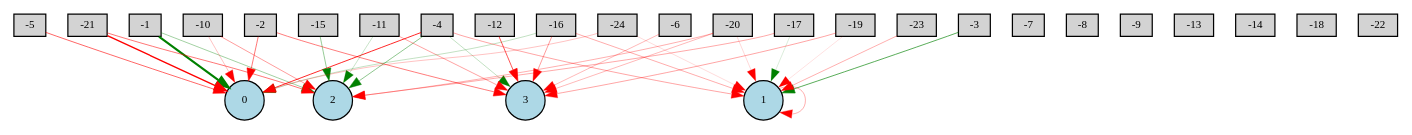
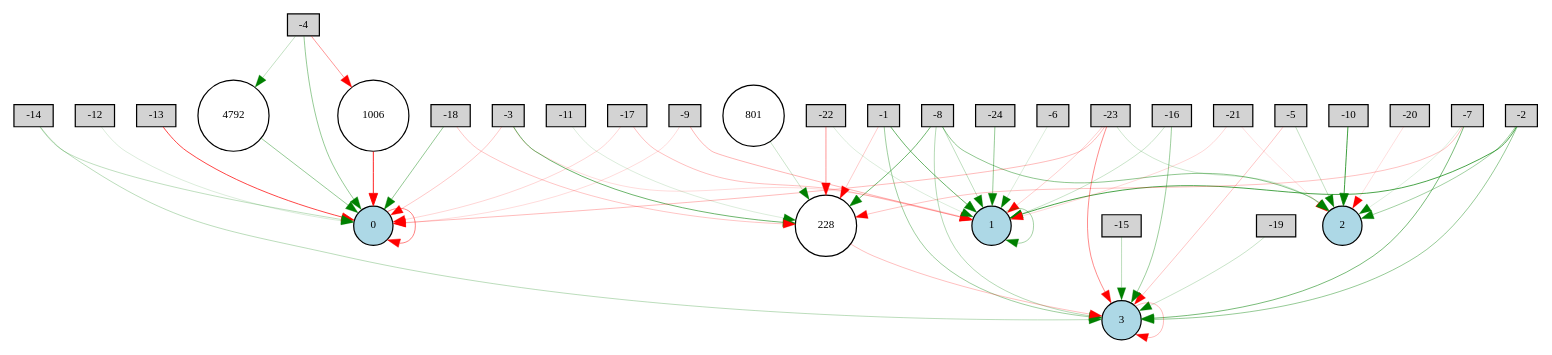
One commit to yoshinobc/EA changed the diagram in experiment/Bipedalwalker/neat/80net-enabled.gv. Above: the diagram before and after it, drawn with Graphviz. The commit also changed 277 other files, not shown here.

```diff
--- a/experiment/Bipedalwalker/neat/80net-enabled.gv
+++ b/experiment/Bipedalwalker/neat/80net-enabled.gv
@@ -1,64 +1,90 @@
 digraph {
 	node [fontsize=9 height=0.2 shape=circle width=0.2]
 	-1 [fillcolor=lightgray shape=box style=filled]
 	-2 [fillcolor=lightgray shape=box style=filled]
 	-3 [fillcolor=lightgray shape=box style=filled]
 	-4 [fillcolor=lightgray shape=box style=filled]
 	-5 [fillcolor=lightgray shape=box style=filled]
 	-6 [fillcolor=lightgray shape=box style=filled]
 	-7 [fillcolor=lightgray shape=box style=filled]
 	-8 [fillcolor=lightgray shape=box style=filled]
 	-9 [fillcolor=lightgray shape=box style=filled]
 	-10 [fillcolor=lightgray shape=box style=filled]
 	-11 [fillcolor=lightgray shape=box style=filled]
 	-12 [fillcolor=lightgray shape=box style=filled]
 	-13 [fillcolor=lightgray shape=box style=filled]
 	-14 [fillcolor=lightgray shape=box style=filled]
 	-15 [fillcolor=lightgray shape=box style=filled]
 	-16 [fillcolor=lightgray shape=box style=filled]
 	-17 [fillcolor=lightgray shape=box style=filled]
 	-18 [fillcolor=lightgray shape=box style=filled]
 	-19 [fillcolor=lightgray shape=box style=filled]
 	-20 [fillcolor=lightgray shape=box style=filled]
 	-21 [fillcolor=lightgray shape=box style=filled]
 	-22 [fillcolor=lightgray shape=box style=filled]
 	-23 [fillcolor=lightgray shape=box style=filled]
 	-24 [fillcolor=lightgray shape=box style=filled]
 	0 [fillcolor=lightblue style=filled]
 	1 [fillcolor=lightblue style=filled]
 	2 [fillcolor=lightblue style=filled]
 	3 [fillcolor=lightblue style=filled]
-	-20 -> 2 [color=red penwidth=0.25690700610846345 style=solid]
-	-10 -> 2 [color=red penwidth=0.31513017970329016 style=solid]
-	-2 -> 0 [color=red penwidth=0.4352806021032941 style=solid]
-	-19 -> 3 [color=red penwidth=0.2850076981574157 style=solid]
-	-24 -> 1 [color=red penwidth=0.12413956897641903 style=solid]
-	-16 -> 3 [color=red penwidth=0.32143947246183613 style=solid]
-	-6 -> 3 [color=red penwidth=0.22600710332258497 style=solid]
-	-15 -> 2 [color=green penwidth=0.34272211645765044 style=solid]
-	-4 -> 2 [color=green penwidth=0.35506030955757983 style=solid]
-	-20 -> 3 [color=red penwidth=0.23350952895723862 style=solid]
-	-1 -> 0 [color=green penwidth=1.698174045108459 style=solid]
-	-4 -> 3 [color=green penwidth=0.1951532873694202 style=solid]
-	-21 -> 0 [color=red penwidth=1.100177264995392 style=solid]
-	-16 -> 0 [color=green penwidth=0.19892551579719042 style=solid]
-	-10 -> 0 [color=red penwidth=0.20074147650338808 style=solid]
-	1 -> 1 [color=red penwidth=0.25961520178867437 style=solid]
-	-5 -> 0 [color=red penwidth=0.49206999132301865 style=solid]
-	-19 -> 1 [color=red penwidth=0.10264299742860229 style=solid]
-	-17 -> 2 [color=red penwidth=0.2759507730514082 style=solid]
-	-1 -> 2 [color=green penwidth=0.2985787680623563 style=solid]
-	-11 -> 3 [color=red penwidth=0.2962704940092238 style=solid]
-	-16 -> 1 [color=red penwidth=0.27347358970990254 style=solid]
-	-3 -> 1 [color=green penwidth=0.5303118080731226 style=solid]
-	-4 -> 0 [color=red penwidth=0.6937147444405009 style=solid]
-	-20 -> 1 [color=red penwidth=0.13075835679151596 style=solid]
-	-23 -> 1 [color=red penwidth=0.26392236285272663 style=solid]
-	-12 -> 3 [color=red penwidth=0.551131480666579 style=solid]
-	-2 -> 3 [color=red penwidth=0.4246548556185358 style=solid]
-	-21 -> 2 [color=red penwidth=0.4377773569099911 style=solid]
-	-24 -> 0 [color=red penwidth=0.19765748378676748 style=solid]
-	-11 -> 2 [color=green penwidth=0.17904217807998518 style=solid]
-	-17 -> 1 [color=green penwidth=0.1221181887628443 style=solid]
-	-4 -> 1 [color=red penwidth=0.29175615445433056 style=solid]
+	228 [fillcolor=white style=filled]
+	801 [fillcolor=white style=filled]
+	1006 [fillcolor=white style=filled]
+	4792 [fillcolor=white style=filled]
+	-20 -> 2 [color=red penwidth=0.10886668124856698 style=solid]
+	-23 -> 0 [color=red penwidth=0.22309356606591063 style=solid]
+	-10 -> 2 [color=green penwidth=0.6249884054663664 style=solid]
+	-19 -> 3 [color=green penwidth=0.17710526612302563 style=solid]
+	-24 -> 1 [color=green penwidth=0.34071638285811556 style=solid]
+	-1 -> 1 [color=green penwidth=0.4804726011615401 style=solid]
+	-16 -> 3 [color=green penwidth=0.315387979283135 style=solid]
+	-12 -> 0 [color=green penwidth=0.12304257444448075 style=solid]
+	-21 -> 1 [color=red penwidth=0.1278044927103825 style=solid]
+	-8 -> 1 [color=green penwidth=0.21041531207553743 style=solid]
+	-14 -> 3 [color=green penwidth=0.21732063051222383 style=solid]
+	-9 -> 1 [color=red penwidth=0.24393450475445108 style=solid]
+	-2 -> 1 [color=green penwidth=0.5793569614406209 style=solid]
+	3 -> 3 [color=red penwidth=0.22247131976459655 style=solid]
+	-23 -> 3 [color=red penwidth=0.3657633116295398 style=solid]
+	-8 -> 2 [color=green penwidth=0.3614422536856987 style=solid]
+	-22 -> 1 [color=green penwidth=0.11595748494400915 style=solid]
+	-18 -> 228 [color=red penwidth=0.1894774654683718 style=solid]
+	-7 -> 3 [color=green penwidth=0.4279896753391317 style=solid]
+	1 -> 1 [color=green penwidth=0.29060397534630134 style=solid]
+	-18 -> 0 [color=green penwidth=0.3520802267685301 style=solid]
+	0 -> 0 [color=red penwidth=0.4062315150577054 style=solid]
+	-22 -> 228 [color=red penwidth=0.33913223303417717 style=solid]
+	-23 -> 2 [color=green penwidth=0.16343964949685702 style=solid]
+	-17 -> 0 [color=red penwidth=0.1430037497872243 style=solid]
+	-2 -> 2 [color=green penwidth=0.2964277030373099 style=solid]
+	801 -> 228 [color=green penwidth=0.1668357076489651 style=solid]
+	-8 -> 228 [color=green penwidth=0.4577936920154373 style=solid]
+	-16 -> 1 [color=green penwidth=0.18113635929149355 style=solid]
+	-3 -> 1 [color=red penwidth=0.11857982945627912 style=solid]
+	-11 -> 228 [color=green penwidth=0.11660066507345021 style=solid]
+	-9 -> 0 [color=red penwidth=0.11531436484855567 style=solid]
+	228 -> 3 [color=red penwidth=0.20609181210873845 style=solid]
+	-4 -> 0 [color=green penwidth=0.3350881372296548 style=solid]
+	-7 -> 2 [color=green penwidth=0.1119306390091128 style=solid]
+	-1 -> 228 [color=red penwidth=0.17366823864954423 style=solid]
+	-3 -> 228 [color=green penwidth=0.4669151098511293 style=solid]
+	-5 -> 3 [color=red penwidth=0.18950904525692763 style=solid]
+	-4 -> 4792 [color=green penwidth=0.20231301134446 style=solid]
+	-14 -> 0 [color=green penwidth=0.20503826425990485 style=solid]
+	-6 -> 1 [color=green penwidth=0.1189848699620343 style=solid]
+	4792 -> 0 [color=green penwidth=0.3350881372296548 style=solid]
+	-23 -> 1 [color=red penwidth=0.16095724820645507 style=solid]
+	-7 -> 228 [color=red penwidth=0.2046792482730485 style=solid]
+	-1 -> 3 [color=green penwidth=0.3088223862470013 style=solid]
+	-21 -> 2 [color=red penwidth=0.10950242427323309 style=solid]
+	-8 -> 3 [color=green penwidth=0.24386263565278418 style=solid]
+	-3 -> 0 [color=red penwidth=0.18226788239277641 style=solid]
+	-17 -> 1 [color=red penwidth=0.20817064640748753 style=solid]
+	-2 -> 3 [color=green penwidth=0.3403596205179314 style=solid]
+	-15 -> 3 [color=green penwidth=0.21866152698938157 style=solid]
+	1006 -> 0 [color=red penwidth=0.7144180492998737 style=solid]
+	-13 -> 0 [color=red penwidth=0.5906663628668344 style=solid]
+	-5 -> 2 [color=green penwidth=0.19807631680250884 style=solid]
+	-4 -> 1006 [color=red penwidth=0.3383825912496855 style=solid]
 }
```
